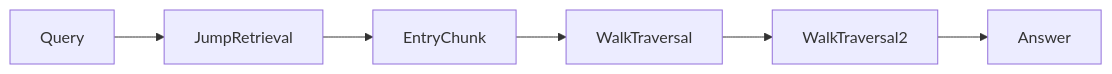
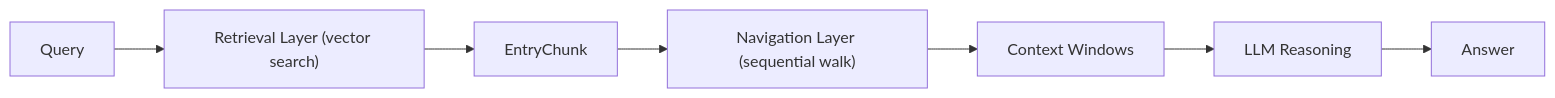
Before and after one commit to vanshksingh/Thread-RAG: the sixth of 19 diagrams in README.md, drawn with Mermaid. The commit also changed other lines of this file, not shown here.

First line of the commit message:
Revise THREAD-RAG architecture details in README

````diff
--- a/README.md
+++ b/README.md
@@ -124,8 +132,9 @@
 ```mermaid
 flowchart LR
-Query --> JumpRetrieval
-JumpRetrieval --> EntryChunk
-EntryChunk --> WalkTraversal
-WalkTraversal --> WalkTraversal2
-WalkTraversal2 --> Answer
+Query --> RetrievalLayer["Retrieval Layer (vector search)"]
+RetrievalLayer --> EntryChunk
+EntryChunk --> NavigationLayer["Navigation Layer (sequential walk)"]
+NavigationLayer --> ContextWindows["Context Windows"]
+ContextWindows --> Reasoning["LLM Reasoning"]
+Reasoning --> Answer
 ```
````
